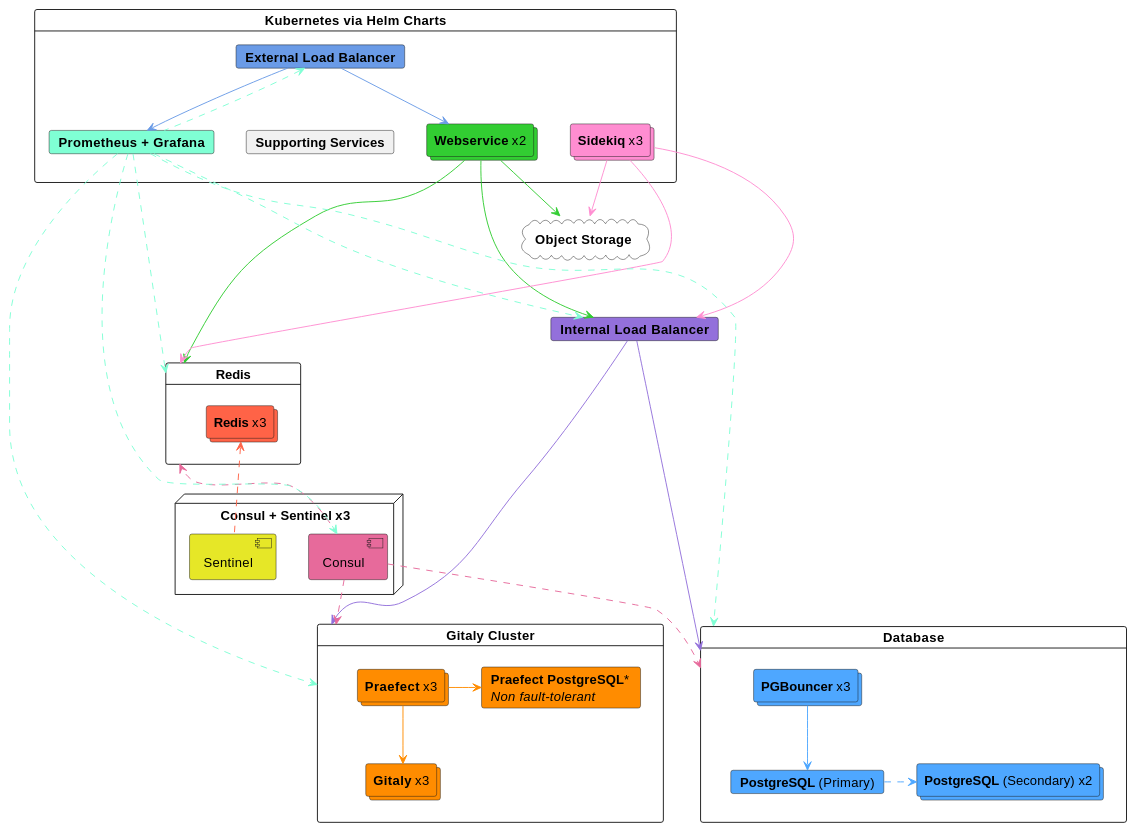
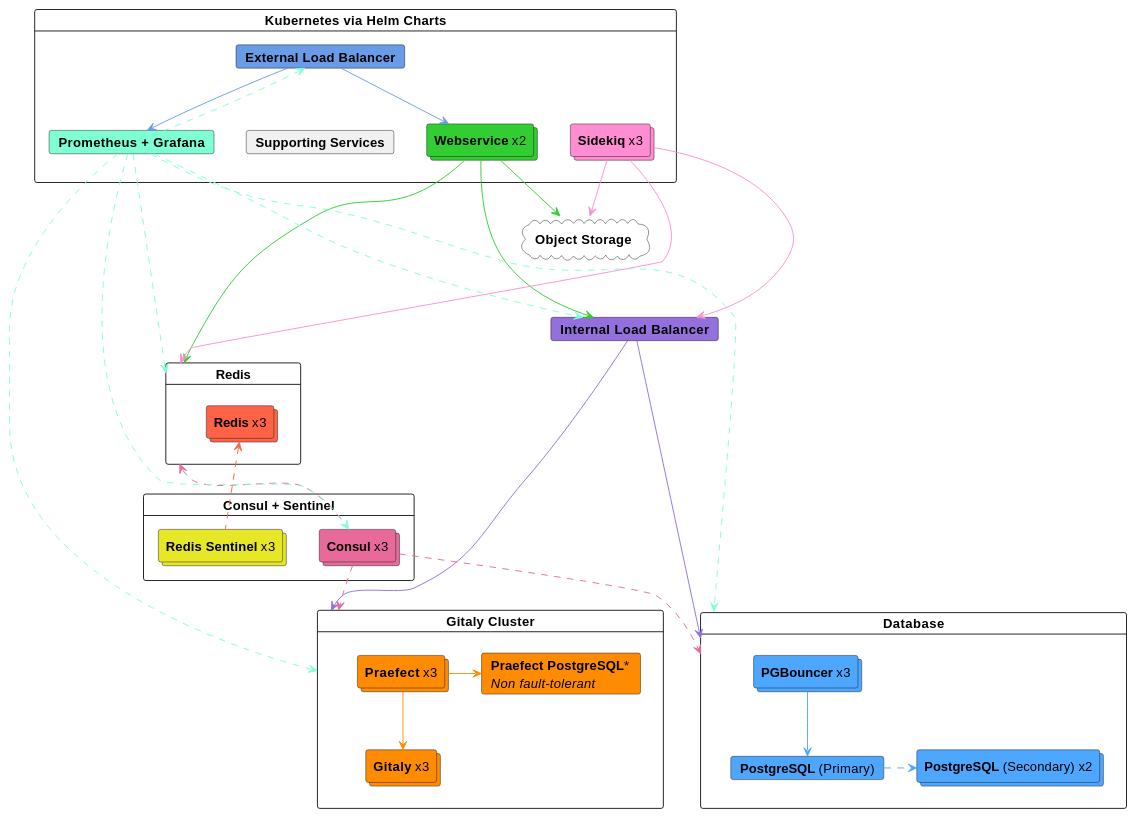
The second of 2 diagrams in doc/administration/reference_architectures/3k_users.md (mehulagg/gitlab), drawn with PlantUML before and after one commit. The commit also changed other lines of this file and 1 other file, not shown here.

Commit message:
Use collections for Redis and Sentinel per review

````diff
--- a/doc/administration/reference_architectures/3k_users.md
+++ b/doc/administration/reference_architectures/3k_users.md
@@ -2163,78 +2163,78 @@
 ```plantuml
 @startuml 3k
 
 card "Kubernetes via Helm Charts" as kubernetes {
   card "**External Load Balancer**" as elb #6a9be7
 
   together {
     collections "**Webservice** x2" as gitlab #32CD32
     collections "**Sidekiq** x3" as sidekiq #ff8dd1
   }
 
   card "**Prometheus + Grafana**" as monitor #7FFFD4
   card "**Supporting Services**" as support
 }
 
 card "**Internal Load Balancer**" as ilb #9370DB
 
-node "**Consul + Sentinel** x3" as consul_sentinel {
- component Consul as consul #e76a9b
- component Sentinel as sentinel #e6e727
+card "**Consul + Sentinel**" as consul_sentinel {
+ collections "**Consul** x3" as consul #e76a9b
+ collections "**Redis Sentinel** x3" as sentinel #e6e727
 }
 
 card "Gitaly Cluster" as gitaly_cluster {
   collections "**Praefect** x3" as praefect #FF8C00
   collections "**Gitaly** x3" as gitaly #FF8C00
   card "**Praefect PostgreSQL***\n//Non fault-tolerant//" as praefect_postgres #FF8C00
 
   praefect -[#FF8C00]-> gitaly
   praefect -[#FF8C00]> praefect_postgres
 }
 
 card "Database" as database {
   collections "**PGBouncer** x3" as pgbouncer #4EA7FF
   card "**PostgreSQL** (Primary)" as postgres_primary #4EA7FF
   collections "**PostgreSQL** (Secondary) x2" as postgres_secondary #4EA7FF
 
   pgbouncer -[#4EA7FF]-> postgres_primary
   postgres_primary .[#4EA7FF]> postgres_secondary
 }
 
 card "Redis" as redis {
   collections "**Redis** x3" as redis_nodes #FF6347
 
   redis_nodes <.[#FF6347]- sentinel
 }
 
 cloud "**Object Storage**" as object_storage #white
 
 elb -[#6a9be7]-> gitlab
 elb -[#6a9be7]-> monitor
 elb -[hidden]-> support
 
 gitlab -[#32CD32]--> ilb
 gitlab -[#32CD32]-> object_storage
 gitlab -[#32CD32]---> redis
 gitlab -[hidden]--> consul
 
 sidekiq -[#ff8dd1]--> ilb
 sidekiq -[#ff8dd1]-> object_storage
 sidekiq -[#ff8dd1]---> redis
 sidekiq -[hidden]--> consul
 
 ilb -[#9370DB]-> gitaly_cluster
 ilb -[#9370DB]-> database
 
 consul .[#e76a9b]-> database
 consul .[#e76a9b]-> gitaly_cluster
 consul .[#e76a9b,norank]--> redis
 
 monitor .[#7FFFD4]> consul
 monitor .[#7FFFD4]-> database
 monitor .[#7FFFD4]-> gitaly_cluster
 monitor .[#7FFFD4,norank]--> redis
 monitor .[#7FFFD4]> ilb
 monitor .[#7FFFD4,norank]u--> elb
 
 @enduml
 ```
````
